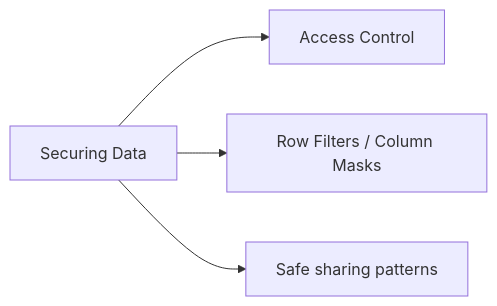
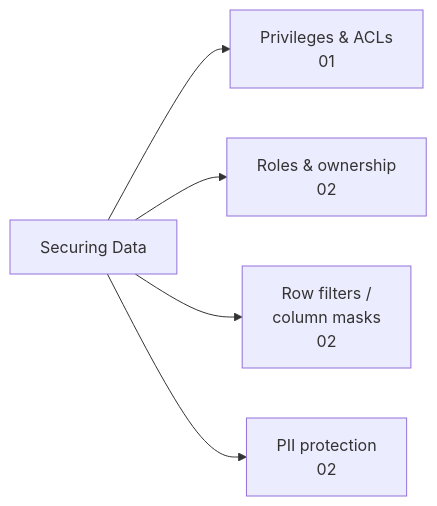
One commit to kengio/databricks-certification-study-guide changed the diagram in certifications/data-analyst-associate/07-securing-data/README.md. Above: the diagram before and after it, drawn with Mermaid. The commit also changed other lines of this file and 66 other files, not shown here.

````diff
--- a/certifications/data-analyst-associate/07-securing-data/README.md
+++ b/certifications/data-analyst-associate/07-securing-data/README.md
@@ -17,6 +17,7 @@
 ```mermaid
 flowchart LR
-    SD[Securing Data] --> AC[Access Control]
-    SD --> RF[Row Filters / Column Masks]
-    SD --> Share[Safe sharing patterns]
+    SD[Securing Data] --> AC[Privileges & ACLs<br/>01]
+    SD --> OWN[Roles & ownership<br/>02]
+    SD --> RF[Row filters /<br/>column masks<br/>02]
+    SD --> PII[PII protection<br/>02]
 ```
````
